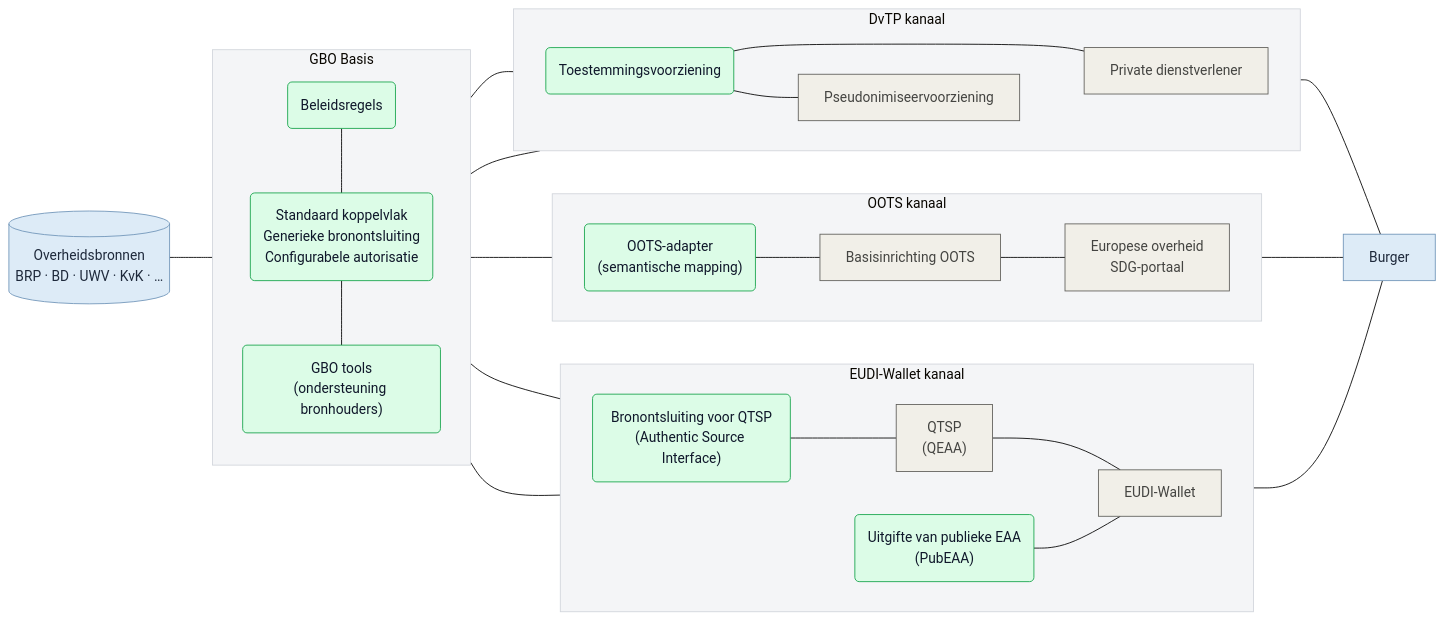
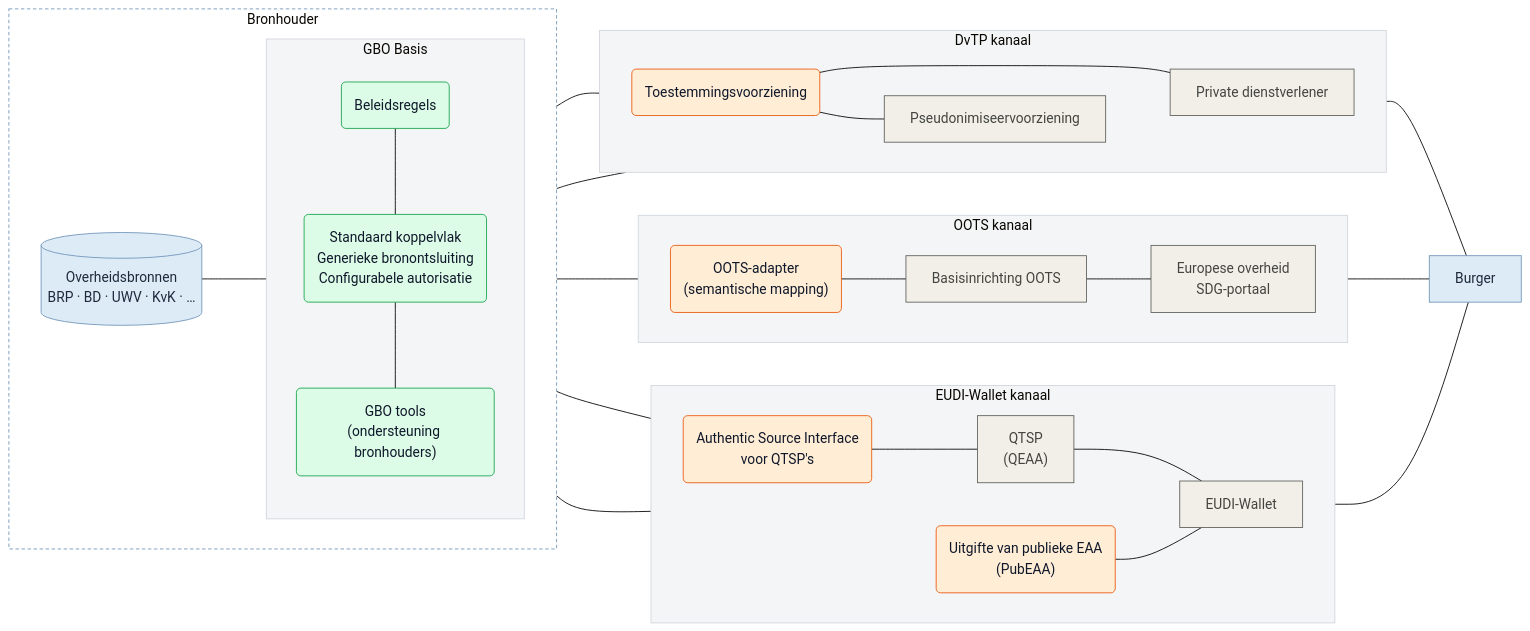
The diagram in main/diagrammen/gbo_swimlanes_simpel.mmd (ICTU/GBO-GO), drawn with Mermaid before and after one commit. The commit also changed 10 other files, not shown here.

```diff
--- a/main/diagrammen/gbo_swimlanes_simpel.mmd
+++ b/main/diagrammen/gbo_swimlanes_simpel.mmd
@@ -1,86 +1,92 @@
 %%{
   init: {
     'theme': 'base',
     'themeVariables': {
       'darkMode': false,
       'background': '#FFFFFF',
       'edgeLabelBackground': '#FFFFFF'
     },
     'themeCSS': 'svg, .mermaid, #mermaid-svg, .mermaid > svg { background-color: #FFFFFF !important; background: #FFFFFF !important; } @media (prefers-color-scheme: dark) { svg, .mermaid, #mermaid-svg, .mermaid > svg { background-color: #FFFFFF !important; background: #FFFFFF !important; } }'
   }
 }%%
 flowchart LR
-  subgraph gbo["GBO Basis"]
-    direction TB
-        fsc_pap("Beleidsregels")
-        fsc("Standaard koppelvlak<br/>Generieke bronontsluiting<br/>Configurabele autorisatie")
-        fsc_tools("GBO tools<br/>(ondersteuning bronhouders)")
+  subgraph bronhouder["Bronhouder"]
+    direction LR
+        bron[("Overheidsbronnen<br/>BRP · BD · UWV · KvK · …")]
+    subgraph gbo["GBO Basis"]
+      direction TB
+          fsc_pap("Beleidsregels")
+          fsc("Standaard koppelvlak<br/>Generieke bronontsluiting<br/>Configurabele autorisatie")
+          fsc_tools("GBO tools<br/>(ondersteuning bronhouders)")
+    end
   end
   subgraph eudi["EUDI-Wallet kanaal"]
     direction LR
-        eudi_asi("Bronontsluiting voor QTSP<br/>(Authentic Source Interface)")
+        eudi_asi("Authentic Source Interface<br/>voor QTSP's")
         eudi_pubeaa("Uitgifte van publieke EAA<br/>(PubEAA)")
         eudi_qeaa["QTSP<br/>(QEAA)"]
         eudi_wallet["EUDI-Wallet"]
   end
   subgraph oots["OOTS kanaal"]
     direction LR
         oots_adapter("OOTS-adapter<br/>(semantische mapping)")
         oots_basis["Basisinrichting OOTS"]
         oots_afnemer["Europese overheid<br/>SDG-portaal"]
   end
   subgraph dvtp["DvTP kanaal"]
     direction LR
         dvtp_toestemming("Toestemmingsvoorziening")
         dvtp_pseudoniem["Pseudonimiseervoorziening"]
         dvtp_afnemer["Private dienstverlener"]
   end
 
   fsc_pap --- fsc
   fsc --- fsc_tools
-  bron[("Overheidsbronnen<br/>BRP · BD · UWV · KvK · …")] --- gbo
+  bron --- gbo
   eudi_asi --- eudi_qeaa
   eudi_qeaa --- eudi_wallet
   gbo --- eudi_asi & eudi_pubeaa & oots_adapter & dvtp_afnemer
   eudi_pubeaa --- eudi_wallet
   oots_adapter --- oots_basis
   oots_basis --- oots_afnemer
   gbo --- dvtp_toestemming
   dvtp_toestemming --- dvtp_afnemer
   dvtp_toestemming --- dvtp_pseudoniem
   dvtp_pseudoniem ~~~ dvtp_afnemer
   eudi_wallet --- burger["Burger"]
   oots_afnemer --- burger
   dvtp_afnemer --- burger
 
-  fsc_pap:::gbo
-  fsc:::gbo
-  fsc_tools:::gbo
-  eudi_asi:::gbo
-  eudi_pubeaa:::gbo
+  fsc_pap:::gbo_d
+  fsc:::gbo_d
+  fsc_tools:::gbo_d
+  eudi_asi:::gbo_c
+  eudi_pubeaa:::gbo_c
   eudi_qeaa:::eudi
   eudi_wallet:::eudi
-  oots_adapter:::gbo
+  oots_adapter:::gbo_c
   oots_basis:::oots
   oots_afnemer:::oots
-  dvtp_toestemming:::gbo
+  dvtp_toestemming:::gbo_c
   dvtp_pseudoniem:::dvtp
   dvtp_afnemer:::dvtp
   bron:::bron
   burger:::burger
 
   %% Subgraph Stijlen (vervangt het geel)
+  style bronhouder fill:#FFFFFF,stroke:#6F94B8,stroke-width:1px,stroke-dasharray:4 3
   style gbo fill:#F4F5F7,stroke:#D1D5DB,stroke-width:1px
   style eudi fill:#F4F5F7,stroke:#D1D5DB,stroke-width:1px
   style oots fill:#F4F5F7,stroke:#D1D5DB,stroke-width:1px
   style dvtp fill:#F4F5F7,stroke:#D1D5DB,stroke-width:1px
 
   %% Onderscheidende Elementstijlen (zachte pasteltinten)
   classDef bron fill:#DDEBF7,stroke:#6F94B8,color:#1E293B
   classDef burger fill:#DDEBF7,stroke:#6F94B8,color:#1E293B
 
   classDef eudi fill:#f1efe8,stroke:#5f5e5a,color:#444441
   classDef oots fill:#f1efe8,stroke:#5f5e5a,color:#444441
   classDef dvtp fill:#f1efe8,stroke:#5f5e5a,color:#444441
 
-  classDef gbo fill:#DCFCE7,stroke:#16A34A,color:#0F172A
+  classDef gbo_d fill:#DCFCE7,stroke:#16A34A,color:#0F172A
+  classDef gbo_c fill:#FFEDD5,stroke:#EA580C,color:#0F172A
```
